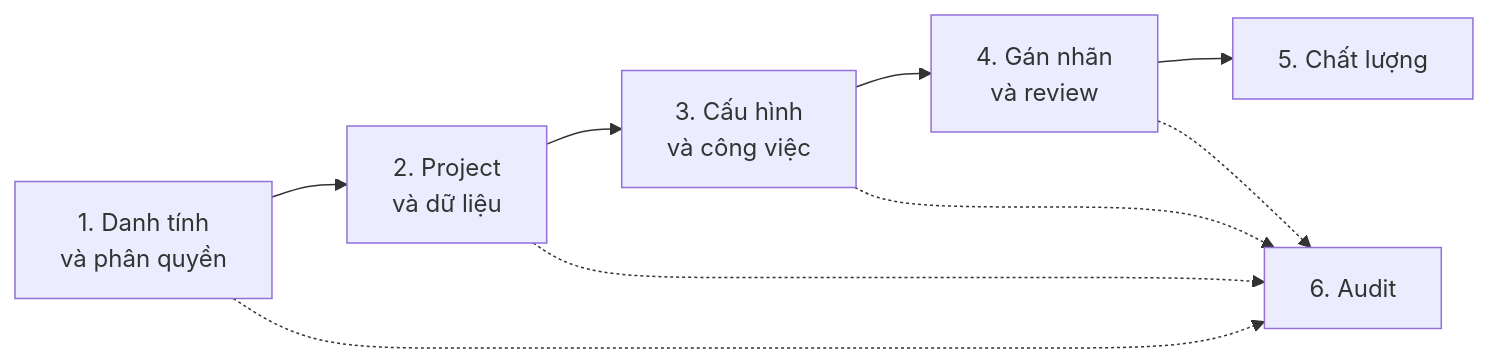
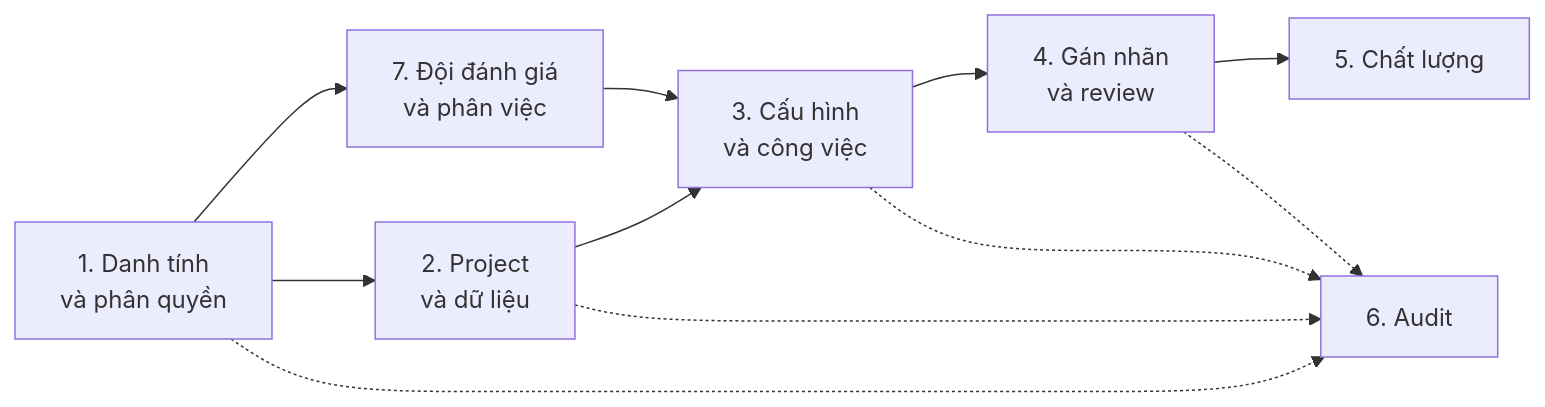
The first of 12 diagrams in docs/database_design.md (ducloc24/Annocollector), drawn with Mermaid before and after one commit. The commit also changed other lines of this file and 5 other files, not shown here.

````diff
--- a/docs/database_design.md
+++ b/docs/database_design.md
@@ -27,11 +27,13 @@
 ```mermaid
 flowchart LR
     A[1. Danh tính<br/>và phân quyền] --> B[2. Project<br/>và dữ liệu]
     B --> C[3. Cấu hình<br/>và công việc]
     C --> D[4. Gán nhãn<br/>và review]
     D --> E[5. Chất lượng]
+    G[7. Đội đánh giá<br/>và phân việc] --> C
+    A --> G
     A -.-> F[6. Audit]
     B -.-> F
     C -.-> F
     D -.-> F
 ```
````
